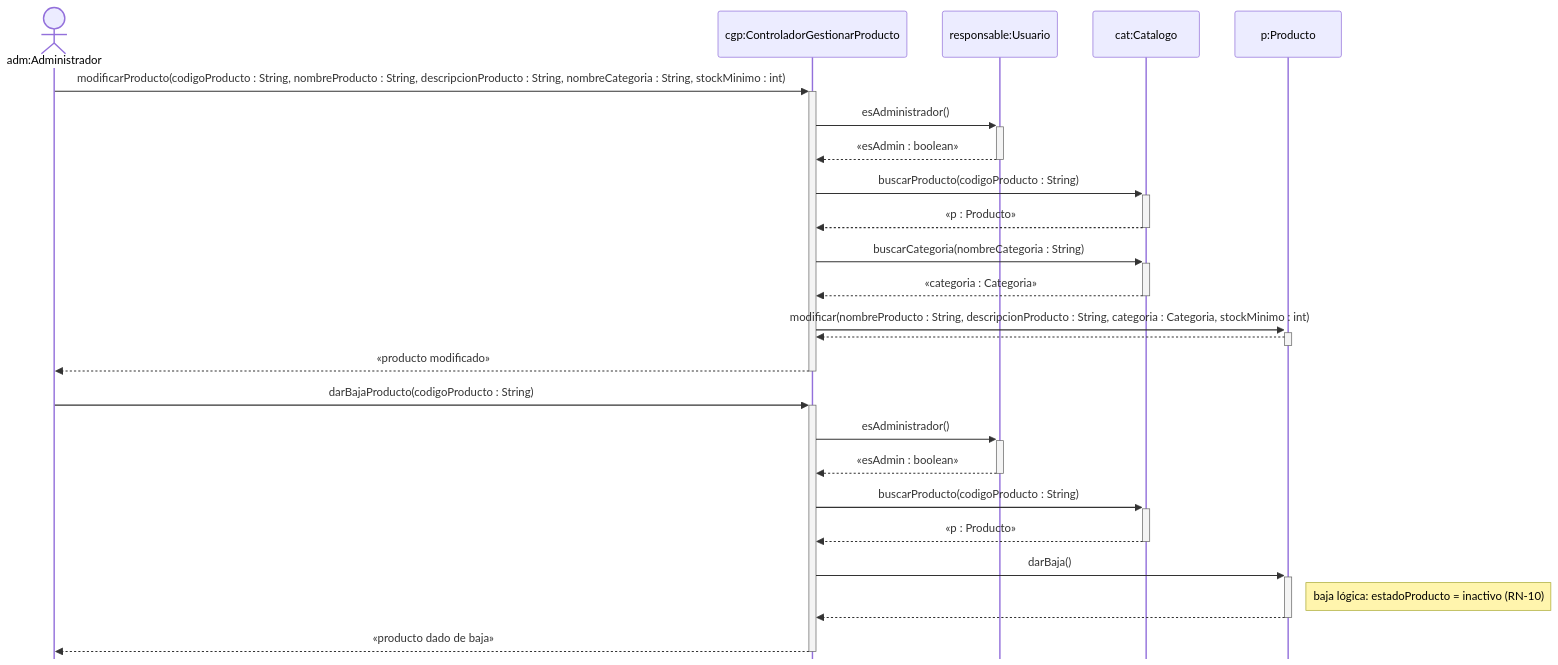
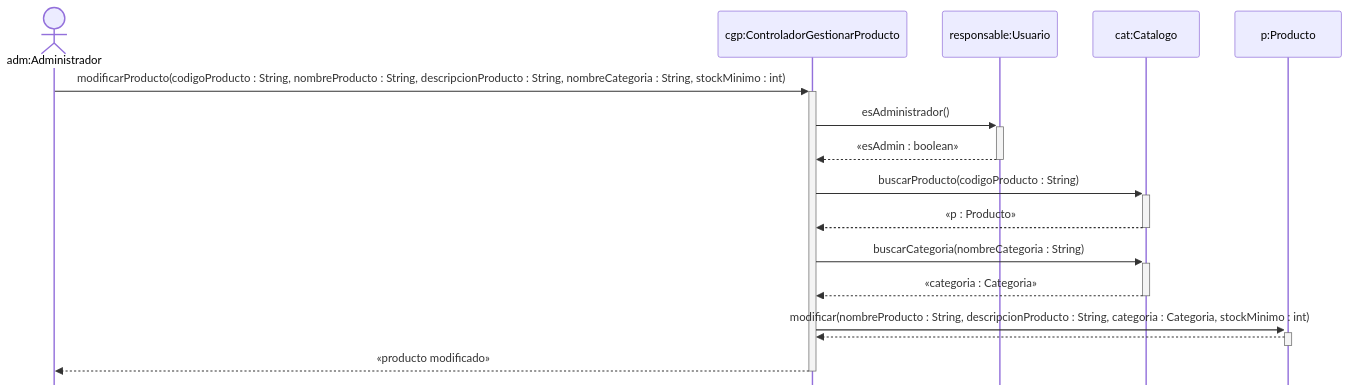
Before and after one commit to cirotop/Stock-Project: the eighth of 17 diagrams in 08-Diagrama De Secuencia/Diagramas_de_Secuencia.md, drawn with Mermaid. The commit also changed other lines of this file, not shown here.

````diff
--- a/08-Diagrama De Secuencia/Diagramas_de_Secuencia.md
+++ b/08-Diagrama De Secuencia/Diagramas_de_Secuencia.md
@@ -226,30 +253,20 @@
 ```mermaid
 %%{init: {"sequence": {"mirrorActors": false}, "themeCSS": ".loopLine { stroke-dasharray: none !important; stroke-width: 1.5px !important; }"}}%%
 sequenceDiagram
     actor adm as adm:Administrador
     participant cgp as cgp:ControladorGestionarProducto
     participant resp as responsable:Usuario
     participant cat as cat:Catalogo
     participant p as p:Producto
 
     adm->>+cgp: modificarProducto(codigoProducto : String, nombreProducto : String, descripcionProducto : String, nombreCategoria : String, stockMinimo : int)
     cgp->>+resp: esAdministrador()
     resp-->>-cgp: «esAdmin : boolean»
     cgp->>+cat: buscarProducto(codigoProducto : String)
     cat-->>-cgp: «p : Producto»
     cgp->>+cat: buscarCategoria(nombreCategoria : String)
     cat-->>-cgp: «categoria : Categoria»
     cgp->>+p: modificar(nombreProducto : String, descripcionProducto : String, categoria : Categoria, stockMinimo : int)
-    p-->>-cgp: 
+    p-->>-cgp:
     cgp-->>-adm: «producto modificado»
-
-    adm->>+cgp: darBajaProducto(codigoProducto : String)
-    cgp->>+resp: esAdministrador()
-    resp-->>-cgp: «esAdmin : boolean»
-    cgp->>+cat: buscarProducto(codigoProducto : String)
-    cat-->>-cgp: «p : Producto»
-    cgp->>+p: darBaja()
-    Note right of p: baja lógica: estadoProducto = inactivo (RN-10)
-    p-->>-cgp: 
-    cgp-->>-adm: «producto dado de baja»
 ```
````
